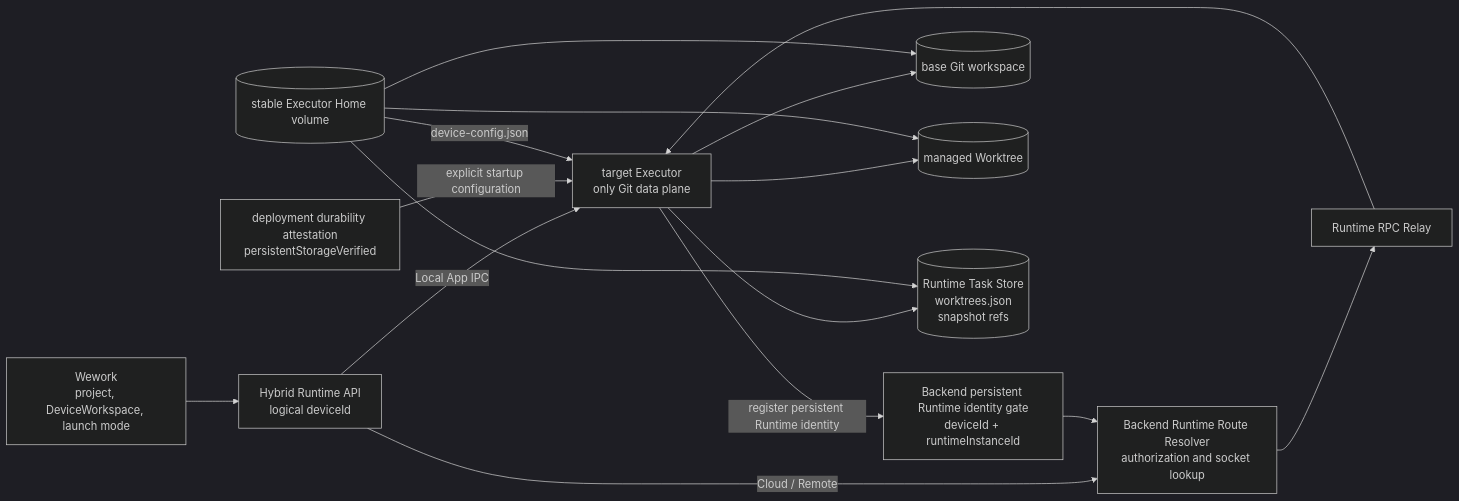
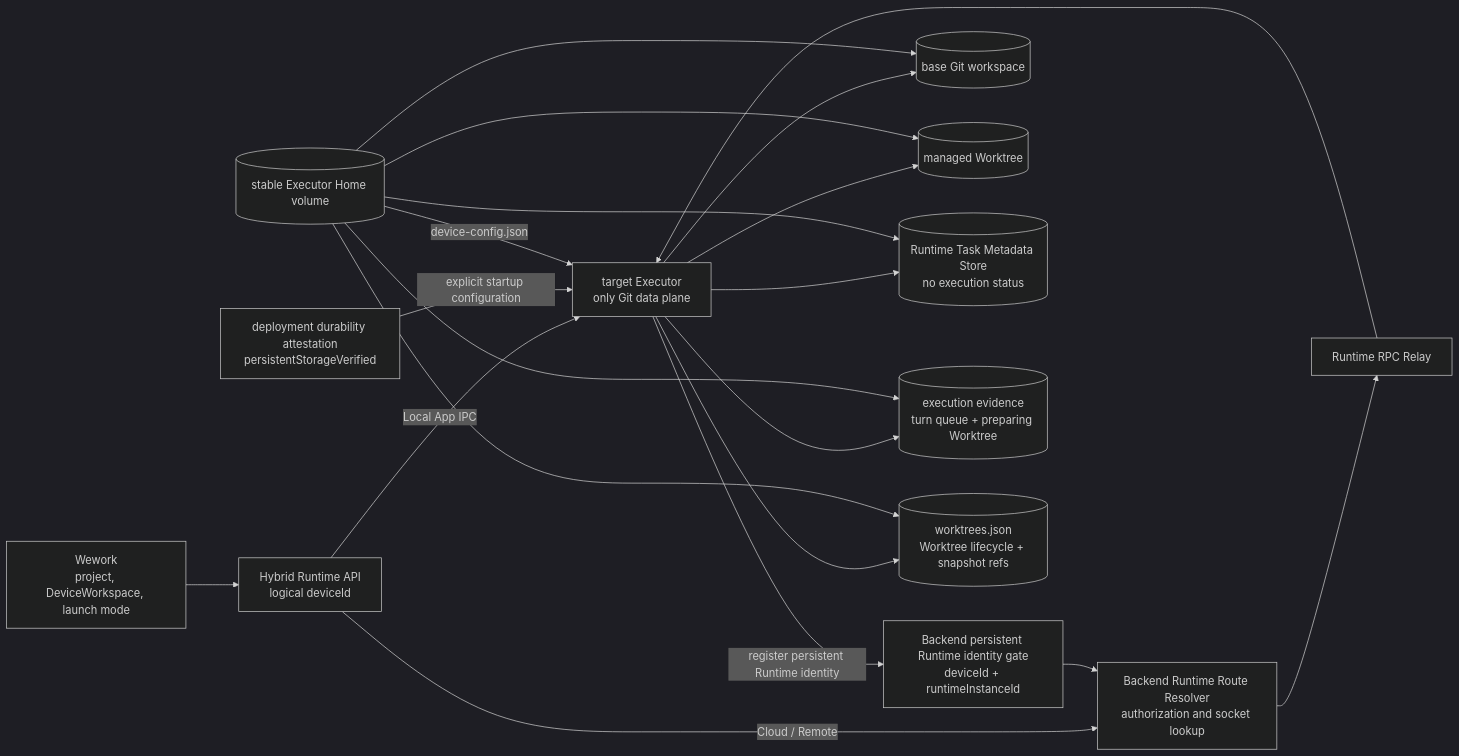
The first of 4 diagrams in docs/en/architecture/git-worktree-execution.md (wecode-ai/Wegent), drawn with Mermaid (dark theme) before and after one commit. The commit also changed other lines of this file and 4 other files, not shown here.

Commit message:
fix(executor): stop persisting runtime task status

````diff
--- a/docs/en/architecture/git-worktree-execution.md
+++ b/docs/en/architecture/git-worktree-execution.md
@@ -9,30 +9,36 @@
 ```mermaid
 flowchart LR
     UI[Wework<br/>project, DeviceWorkspace, launch mode]
     HYBRID[Hybrid Runtime API<br/>logical deviceId]
     IDENTITY[Backend persistent Runtime identity gate<br/>deviceId + runtimeInstanceId]
     ROUTE[Backend Runtime Route Resolver<br/>authorization and socket lookup]
     RPC[Runtime RPC Relay]
     EXECUTOR[target Executor<br/>only Git data plane]
     REPO[(base Git workspace)]
     WORKTREE[(managed Worktree)]
-    STATE[(Runtime Task Store<br/>worktrees.json<br/>snapshot refs)]
+    STATE[(Runtime Task Metadata Store<br/>no execution status)]
+    EXECUTION[(execution evidence<br/>turn queue + preparing Worktree)]
+    WORKTREE_STATE[(worktrees.json<br/>Worktree lifecycle + snapshot refs)]
     VOLUME[(stable Executor Home volume)]
     ATTEST[deployment durability attestation<br/>persistentStorageVerified]
 
     UI --> HYBRID
     HYBRID -->|Local App IPC| EXECUTOR
     HYBRID -->|Cloud / Remote| ROUTE
     EXECUTOR -->|register persistent Runtime identity| IDENTITY
     IDENTITY --> ROUTE
     ROUTE --> RPC
     RPC --> EXECUTOR
     EXECUTOR --> REPO
     EXECUTOR --> WORKTREE
     EXECUTOR --> STATE
+    EXECUTOR --> EXECUTION
+    EXECUTOR --> WORKTREE_STATE
     ATTEST -->|explicit startup configuration| EXECUTOR
     VOLUME --> REPO
     VOLUME --> WORKTREE
     VOLUME --> STATE
+    VOLUME --> EXECUTION
+    VOLUME --> WORKTREE_STATE
     VOLUME -->|device-config.json| EXECUTOR
 ```
````
